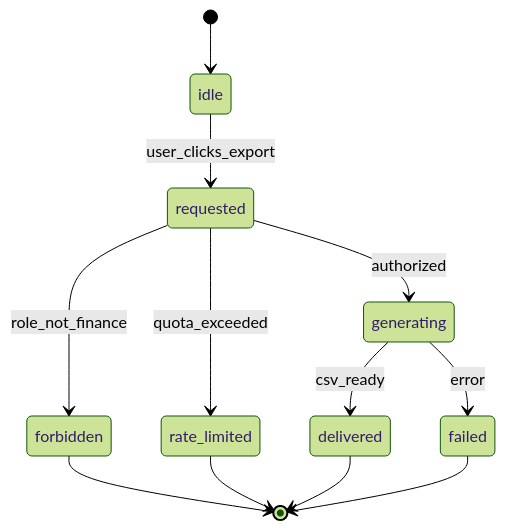
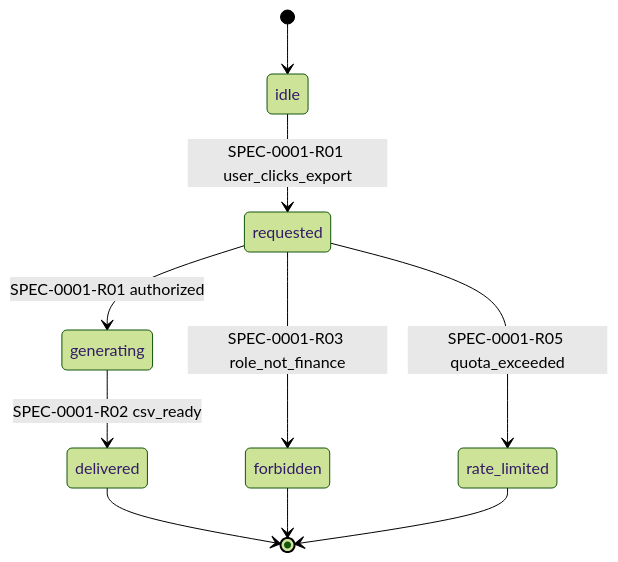
The diagram in specs/SPEC-0001-export-csv/diagrams/state.mmd (KakkoiDev/intent-driven-development), drawn with Mermaid (forest theme) before and after one commit. The commit also changed 1 other file, not shown here.

Commit message:
fix: validator uses Ajv2020 and yaml.JSON_SCHEMA to avoid Date auto-conversion; tag state.mmd transitions with SPEC IDs

```diff
--- a/specs/SPEC-0001-export-csv/diagrams/state.mmd
+++ b/specs/SPEC-0001-export-csv/diagrams/state.mmd
@@ -1,12 +1,10 @@
 stateDiagram-v2
   [*] --> idle
-  idle --> requested : user_clicks_export
-  requested --> forbidden : role_not_finance
-  requested --> rate_limited : quota_exceeded
-  requested --> generating : authorized
-  generating --> delivered : csv_ready
-  generating --> failed : error
+  idle --> requested : SPEC-0001-R01 user_clicks_export
+  requested --> forbidden : SPEC-0001-R03 role_not_finance
+  requested --> rate_limited : SPEC-0001-R05 quota_exceeded
+  requested --> generating : SPEC-0001-R01 authorized
+  generating --> delivered : SPEC-0001-R02 csv_ready
   delivered --> [*]
   forbidden --> [*]
   rate_limited --> [*]
-  failed --> [*]
```
